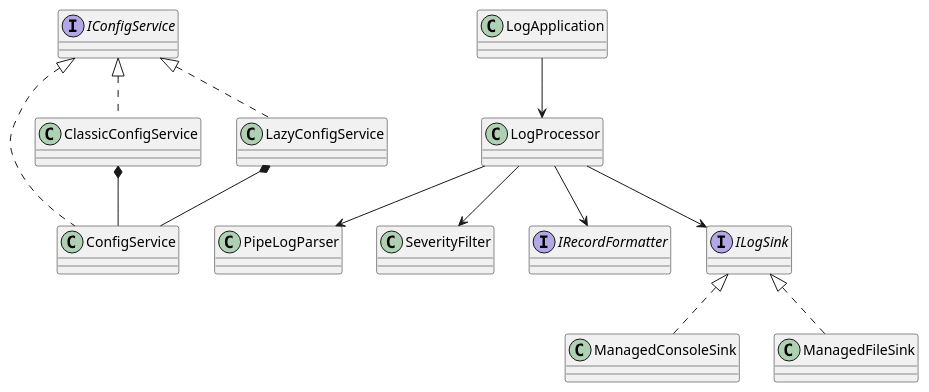
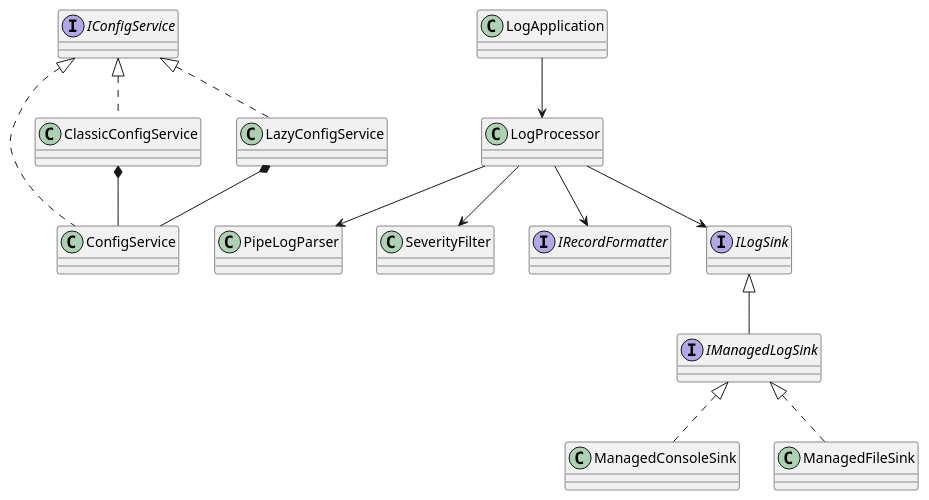
Before and after one commit to Fiskr70/Lecture_Examples: the diagram in LogHub/docs/ЛР2.md, drawn with PlantUML.

Commit message:
Уточнить диаграмму классов

````diff
--- a/LogHub/docs/ЛР2.md
+++ b/LogHub/docs/ЛР2.md
@@ -14,28 +14,30 @@
 ```plantuml
 @startuml
 interface IConfigService
 class ConfigService
 class ClassicConfigService
 class LazyConfigService
 class LogApplication
 class LogProcessor
 class PipeLogParser
 class SeverityFilter
 interface IRecordFormatter
 interface ILogSink
+interface IManagedLogSink
 class ManagedConsoleSink
 class ManagedFileSink
 IConfigService <|.. ConfigService
 IConfigService <|.. ClassicConfigService
 IConfigService <|.. LazyConfigService
 ClassicConfigService *-- ConfigService
 LazyConfigService *-- ConfigService
 LogApplication --> LogProcessor
 LogProcessor --> PipeLogParser
 LogProcessor --> SeverityFilter
 LogProcessor --> IRecordFormatter
 LogProcessor --> ILogSink
-ILogSink <|.. ManagedConsoleSink
-ILogSink <|.. ManagedFileSink
+ILogSink <|-- IManagedLogSink
+IManagedLogSink <|.. ManagedConsoleSink
+IManagedLogSink <|.. ManagedFileSink
 @enduml
 ```
````
